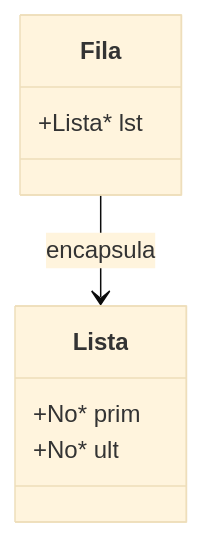
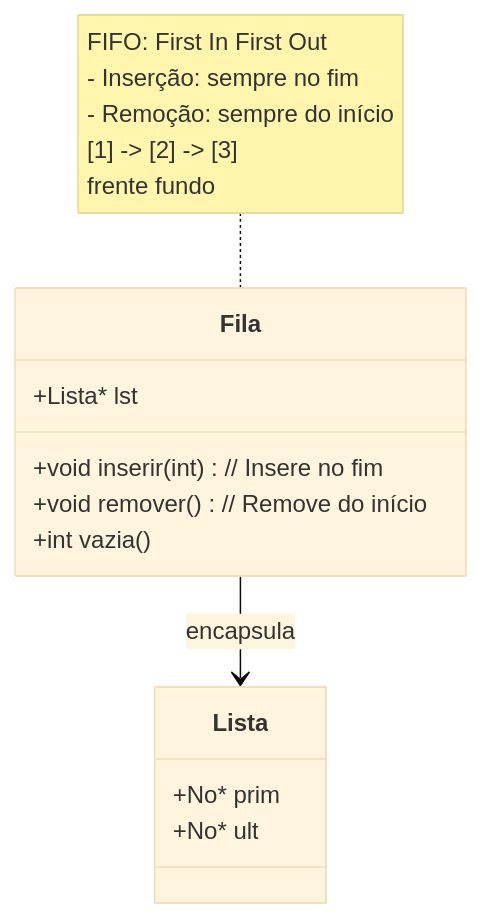
The second of 3 diagrams in readme.md (DanielTrindade/Tipos-abstratos-de-dados-basicos), drawn with Mermaid (base theme) before and after one commit. The commit also changed other lines of this file, not shown here.

Commit message:
fix: readme diagrama estruturas

````diff
--- a/readme.md
+++ b/readme.md
@@ -38,11 +38,20 @@
 ```mermaid
 classDiagram
     class Fila {
         +Lista* lst
+        +void inserir(int) // Insere no fim
+        +void remover()    // Remove do início
+        +int vazia()
     }
     class Lista {
         +No* prim
         +No* ult
     }
     Fila --> Lista : encapsula
+
+    note for Fila "FIFO: First In First Out
+    - Inserção: sempre no fim
+    - Remoção: sempre do início
+    [1] -> [2] -> [3]
+    frente      fundo"
 ```
````
